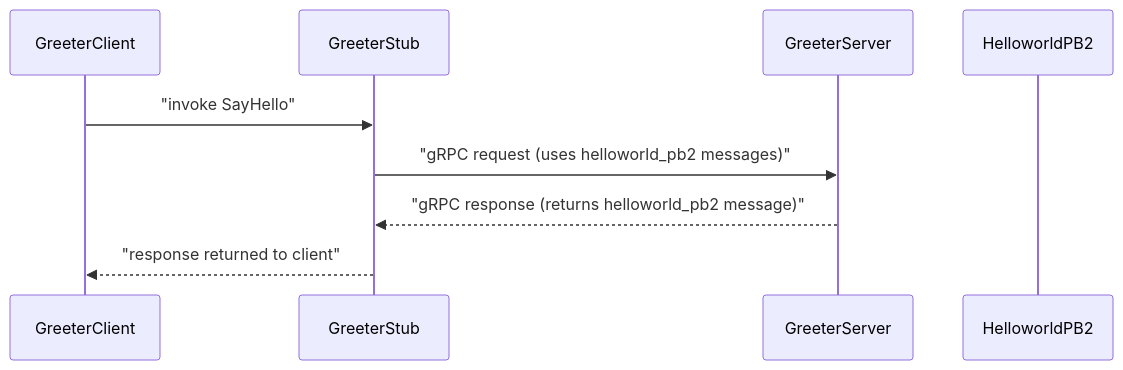
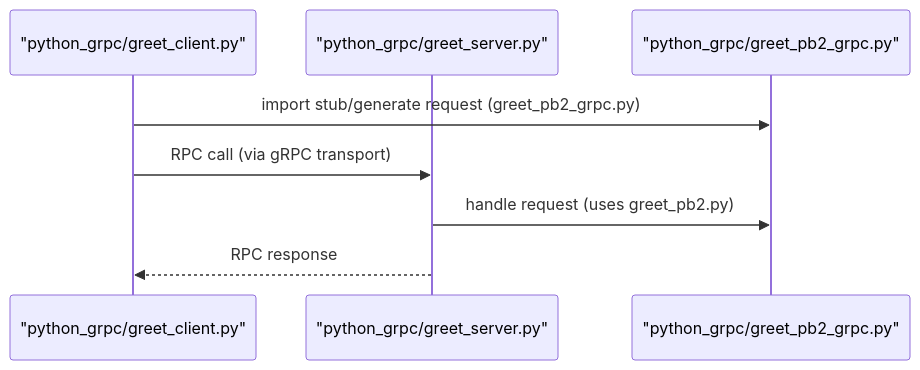
Before and after one commit to YusuffBulbul/GRPC_calisma: the second of 2 diagrams in README_ARCH.md, drawn with Mermaid. The commit also changed other lines of this file, not shown here.

Commit message:
docs: update architecture blueprint and code review (2026-09-07)

````diff
--- a/README_ARCH.md
+++ b/README_ARCH.md
@@ -120,13 +56,12 @@
 ```mermaid
 sequenceDiagram
-  participant GreeterClient
-  participant GreeterStub
-  participant GreeterServer
-  participant HelloworldPB2
+  participant GreetClient as "python_grpc/greet_client.py"
+  participant GreetServer as "python_grpc/greet_server.py"
+  participant GreetStub as "python_grpc/greet_pb2_grpc.py"
 
-  GreeterClient->>GreeterStub: "invoke SayHello"
-  GreeterStub->>GreeterServer: "gRPC request (uses helloworld_pb2 messages)"
-  GreeterServer-->>GreeterStub: "gRPC response (returns helloworld_pb2 message)"
-  GreeterStub-->>GreeterClient: "response returned to client"
+  GreetClient->>GreetStub: import stub/generate request (greet_pb2_grpc.py)
+  GreetClient->>GreetServer: RPC call (via gRPC transport)
+  GreetServer->>GreetStub: handle request (uses greet_pb2.py)
+  GreetServer-->>GreetClient: RPC response
 
 ```
````
